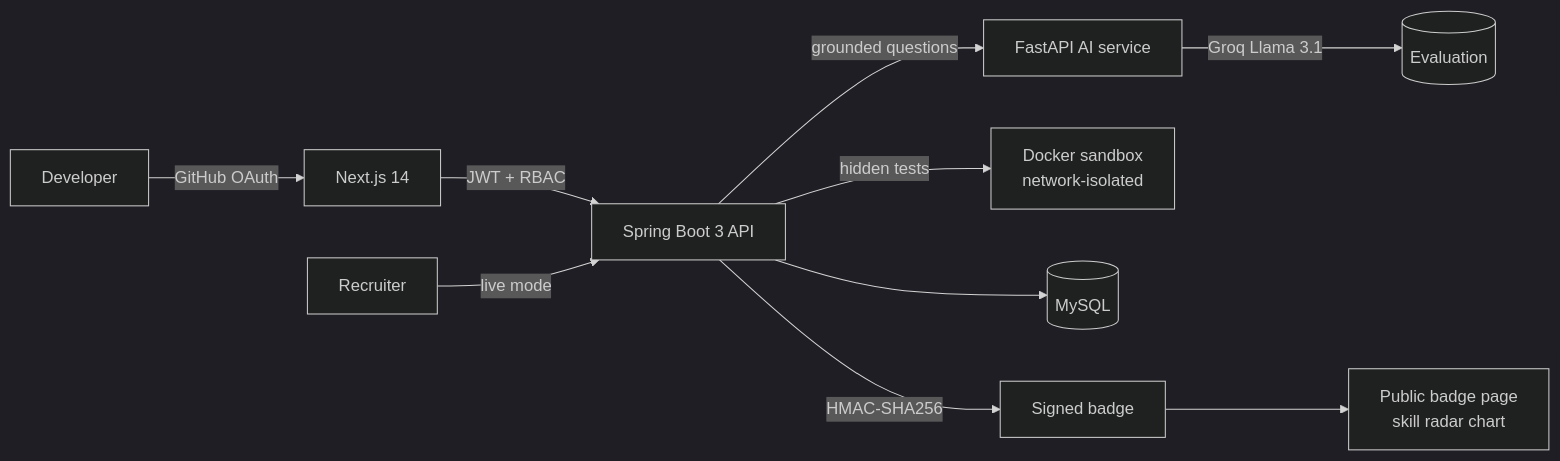
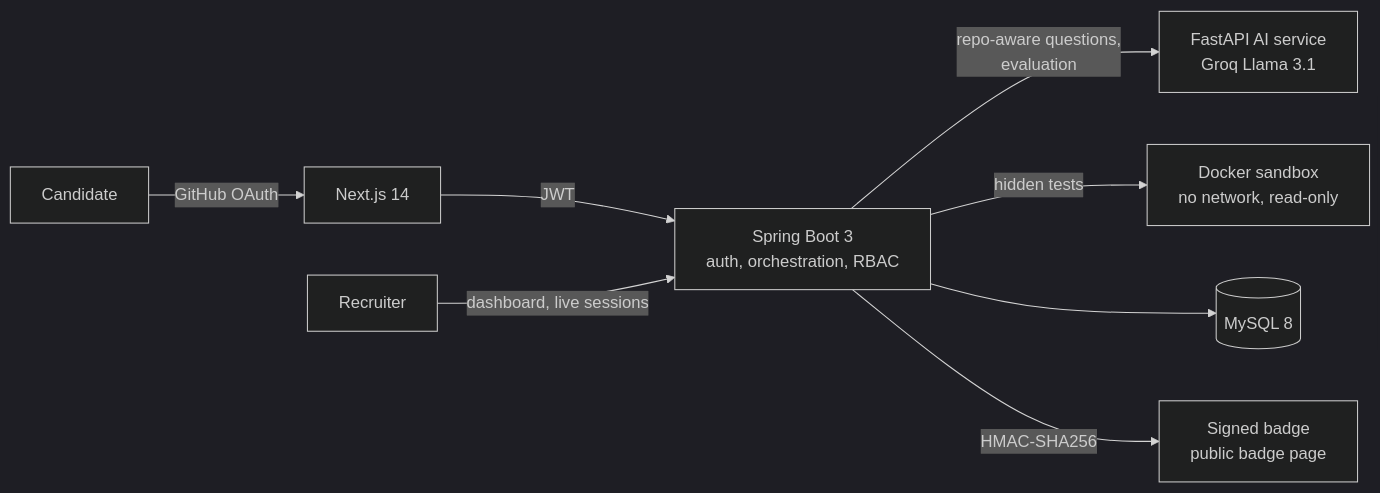
One commit to Gowtham232004/Gowtham232004 changed the first of 2 diagrams in README.md. Above: the diagram before and after it, drawn with Mermaid (dark theme). The commit also changed other lines of this file, not shown here.

````diff
--- a/README.md
+++ b/README.md
@@ -49,12 +56,10 @@
 ```mermaid
 flowchart LR
-    A[Developer] -->|GitHub OAuth| B[Next.js 14]
-    B -->|JWT + RBAC| C[Spring Boot 3 API]
-    C -->|grounded questions| D[FastAPI AI service]
-    D -->|Groq Llama 3.1| E[(Evaluation)]
-    C -->|hidden tests| F[Docker sandbox<br/>network-isolated]
-    C --> G[(MySQL)]
-    C -->|HMAC-SHA256| H[Signed badge]
-    H --> I[Public badge page<br/>skill radar chart]
-    J[Recruiter] -->|live mode| C
+    A[Candidate] -->|GitHub OAuth| B[Next.js 14]
+    B -->|JWT| C[Spring Boot 3<br/>auth, orchestration, RBAC]
+    C -->|repo-aware questions,<br/>evaluation| D[FastAPI AI service<br/>Groq Llama 3.1]
+    C -->|hidden tests| E[Docker sandbox<br/>no network, read-only]
+    C --> F[(MySQL 8)]
+    C -->|HMAC-SHA256| G[Signed badge<br/>public badge page]
+    H[Recruiter] -->|dashboard, live sessions| C
 ```
````
